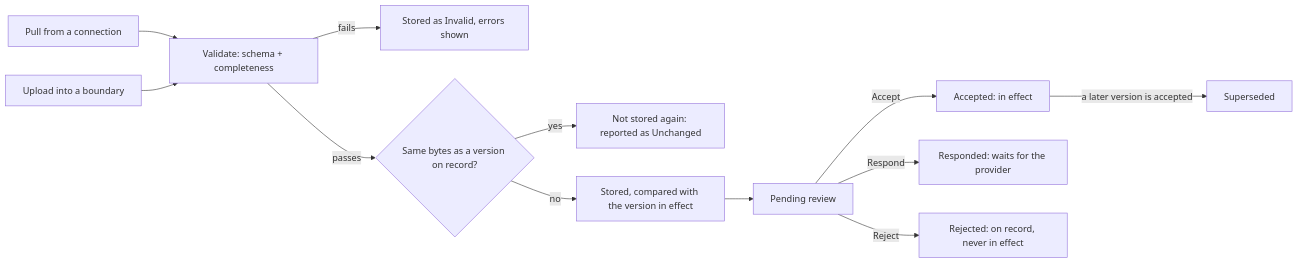
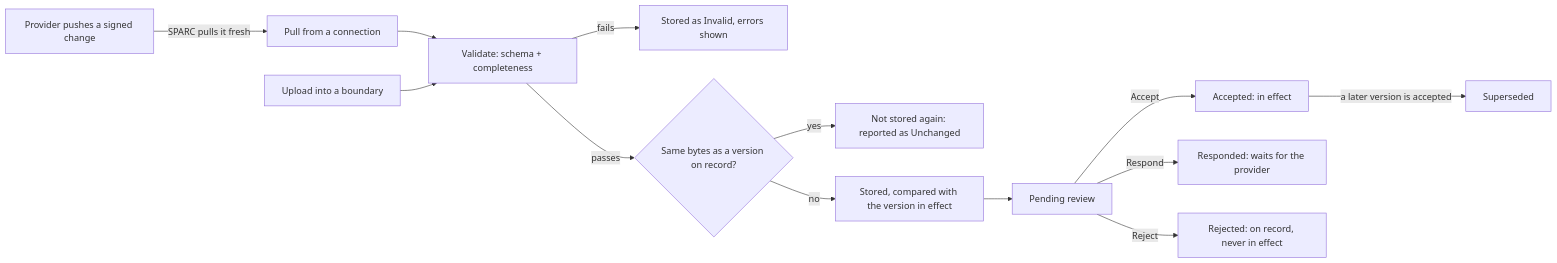
One commit to risk-sentinel/sparc changed the diagram in wiki/User-Guide-Connections-and-Received-Documents.md. Above: the diagram before and after it, drawn with Mermaid. The commit also changed other lines of this file and 11 other files, not shown here.

````diff
--- a/wiki/User-Guide-Connections-and-Received-Documents.md
+++ b/wiki/User-Guide-Connections-and-Received-Documents.md
@@ -39,14 +40,15 @@
 ```mermaid
 flowchart LR
+    H[Provider pushes a signed change] -->|SPARC pulls it fresh| P
     P[Pull from a connection] --> V[Validate: schema + completeness]
     U[Upload into a boundary] --> V
     V -->|fails| I[Stored as Invalid, errors shown]
     V -->|passes| S{Same bytes as a version on record?}
     S -->|yes| N[Not stored again: reported as Unchanged]
     S -->|no| D[Stored, compared with the version in effect]
     D --> R[Pending review]
     R -->|Accept| A[Accepted: in effect]
     R -->|Respond| Q[Responded: waits for the provider]
     R -->|Reject| X[Rejected: on record, never in effect]
     A -->|a later version is accepted| O[Superseded]
 ```
````
